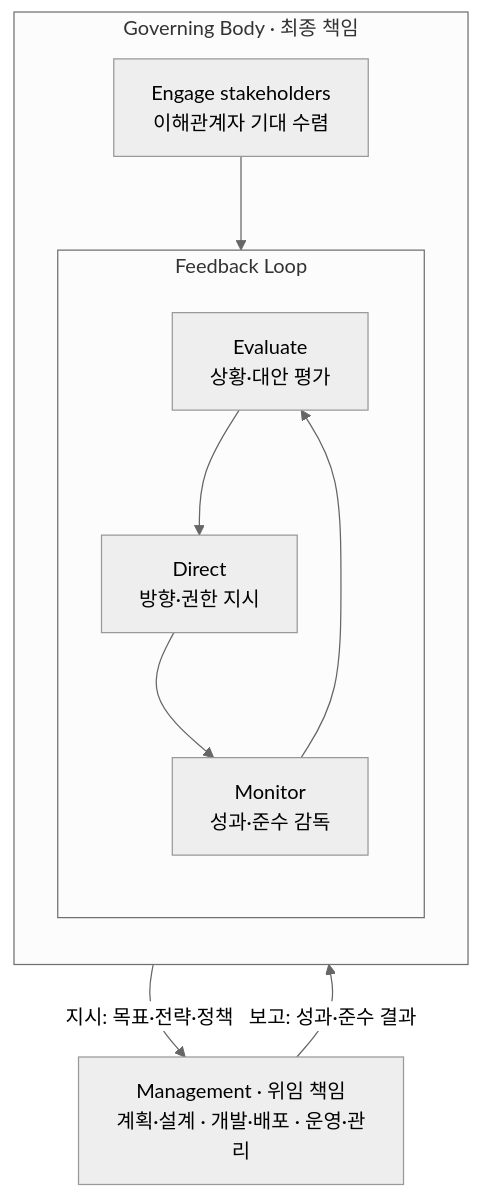
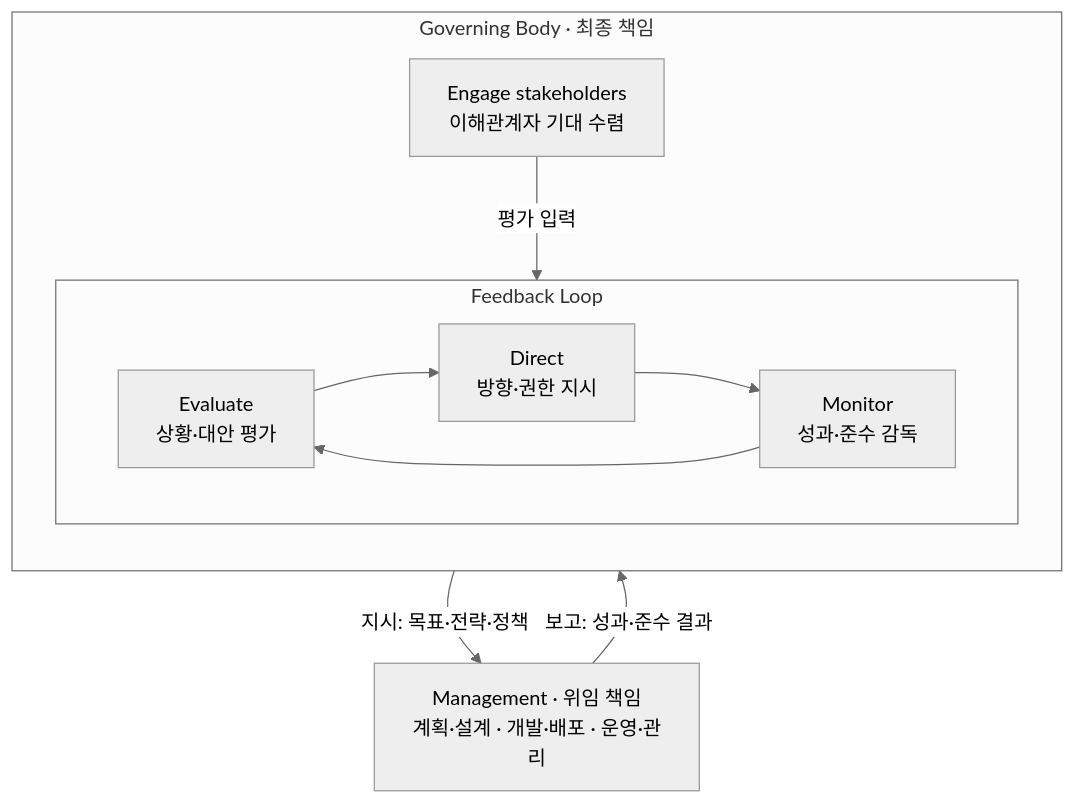
Before and after one commit to agnusdei1207/study: the fourth of 4 diagrams in src/content/docs/notes/itpe/01-it-strategy/002_iso_iec_38500.md, drawn with Mermaid (neutral theme). The commit also changed other lines of this file and 35 other files, not shown here.

````diff
--- a/src/content/docs/notes/itpe/01-it-strategy/002_iso_iec_38500.md
+++ b/src/content/docs/notes/itpe/01-it-strategy/002_iso_iec_38500.md
@@ -151,19 +149,15 @@
 ```mermaid
 flowchart TB
     subgraph GB["Governing Body · 최종 책임"]
         direction TB
         ST["Engage stakeholders<br/>이해관계자 기대 수렴"]
         subgraph LOOP["Feedback Loop"]
-            direction TB
-            E["Evaluate<br/>상황·대안 평가"]
-            M["Monitor<br/>성과·준수 감독"] ~~~ D["Direct<br/>방향·권한 지시"]
-            E --> D
-            D --> M
-            M --> E
+            direction LR
+            E["Evaluate<br/>상황·대안 평가"] --> D["Direct<br/>방향·권한 지시"] --> M["Monitor<br/>성과·준수 감독"] --> E
         end
-        ST --> E
+        ST -->|평가 입력| LOOP
     end
     MG["Management · 위임 책임<br/>계획·설계 · 개발·배포 · 운영·관리"]
     GB -->|지시: 목표·전략·정책| MG
     MG -->|보고: 성과·준수 결과| GB
 ```
````
